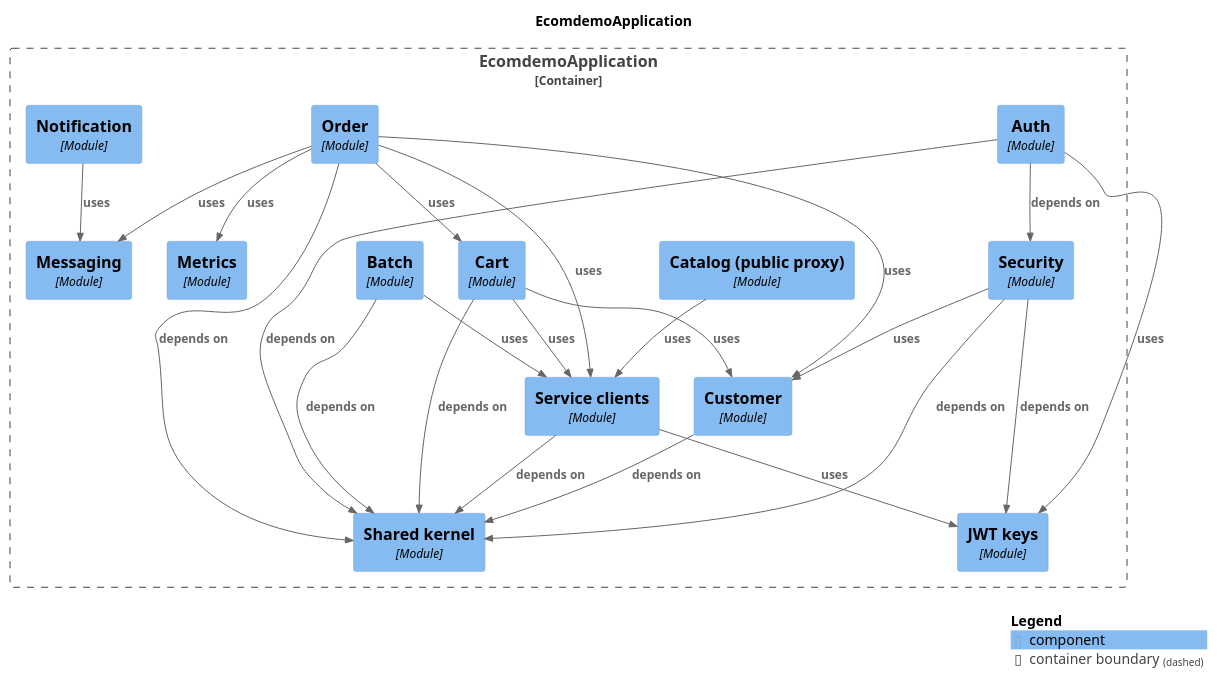
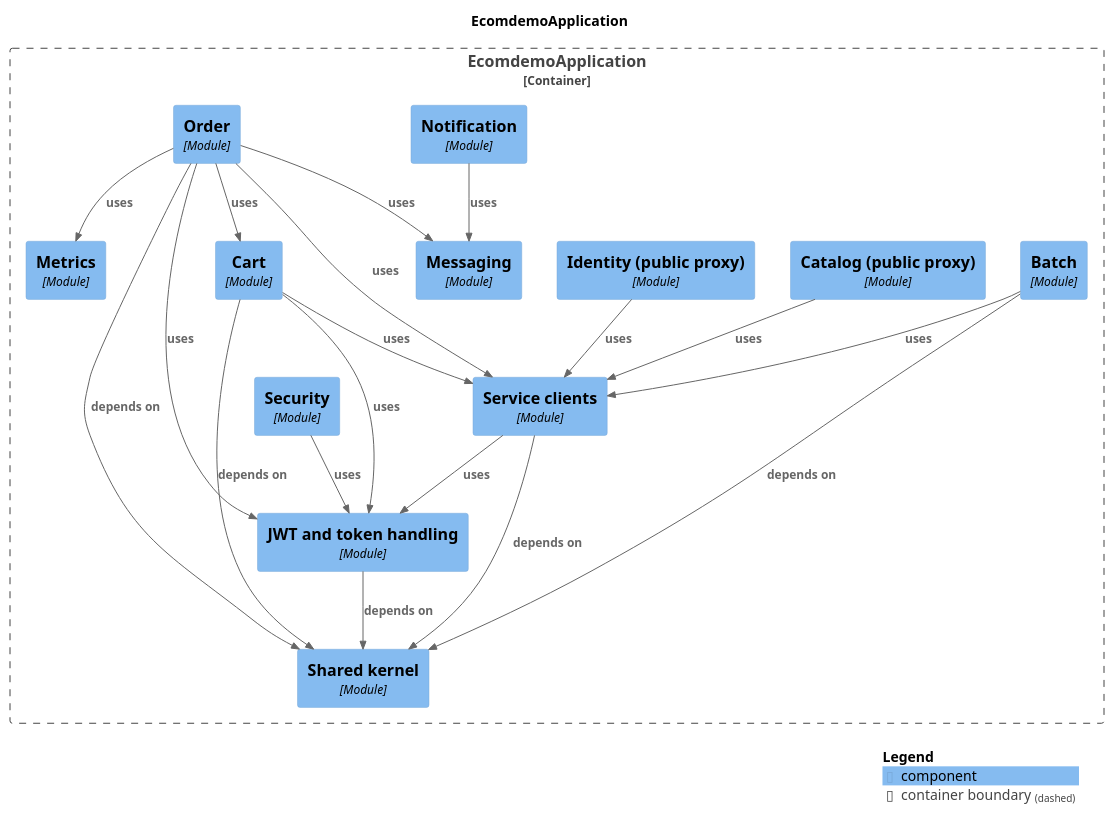
One commit to mr-sujay-patil/ecomdemo changed the diagram in docs/modules/components.puml. Above: the diagram before and after it, drawn with PlantUML. The commit also changed 96 other files, not shown here.

```diff
--- a/docs/modules/components.puml
+++ b/docs/modules/components.puml
@@ -1,51 +1,46 @@
 @startuml
 set separator none
 title EcomdemoApplication
 
 top to bottom direction
 
 !include <C4/C4>
 !include <C4/C4_Context>
 !include <C4/C4_Component>
 
 Container_Boundary("EcomdemoApplication.EcomdemoApplication_boundary", "EcomdemoApplication", $tags="") {
-  Component(EcomdemoApplication.EcomdemoApplication.Notification, "Notification", $techn="Module", $descr="", $tags="", $link="")
+  Component(EcomdemoApplication.EcomdemoApplication.Security, "Security", $techn="Module", $descr="", $tags="", $link="")
   Component(EcomdemoApplication.EcomdemoApplication.Batch, "Batch", $techn="Module", $descr="", $tags="", $link="")
   Component(EcomdemoApplication.EcomdemoApplication.Cart, "Cart", $techn="Module", $descr="", $tags="", $link="")
   Component(EcomdemoApplication.EcomdemoApplication.Catalogpublicproxy, "Catalog (public proxy)", $techn="Module", $descr="", $tags="", $link="")
-  Component(EcomdemoApplication.EcomdemoApplication.Security, "Security", $techn="Module", $descr="", $tags="", $link="")
-  Component(EcomdemoApplication.EcomdemoApplication.Auth, "Auth", $techn="Module", $descr="", $tags="", $link="")
+  Component(EcomdemoApplication.EcomdemoApplication.Identitypublicproxy, "Identity (public proxy)", $techn="Module", $descr="", $tags="", $link="")
   Component(EcomdemoApplication.EcomdemoApplication.Order, "Order", $techn="Module", $descr="", $tags="", $link="")
-  Component(EcomdemoApplication.EcomdemoApplication.JWTkeys, "JWT keys", $techn="Module", $descr="", $tags="", $link="")
   Component(EcomdemoApplication.EcomdemoApplication.Messaging, "Messaging", $techn="Module", $descr="", $tags="", $link="")
   Component(EcomdemoApplication.EcomdemoApplication.Metrics, "Metrics", $techn="Module", $descr="", $tags="", $link="")
   Component(EcomdemoApplication.EcomdemoApplication.Sharedkernel, "Shared kernel", $techn="Module", $descr="", $tags="", $link="")
+  Component(EcomdemoApplication.EcomdemoApplication.JWTandtokenhandling, "JWT and token handling", $techn="Module", $descr="", $tags="", $link="")
+  Component(EcomdemoApplication.EcomdemoApplication.Notification, "Notification", $techn="Module", $descr="", $tags="", $link="")
   Component(EcomdemoApplication.EcomdemoApplication.Serviceclients, "Service clients", $techn="Module", $descr="", $tags="", $link="")
-  Component(EcomdemoApplication.EcomdemoApplication.Customer, "Customer", $techn="Module", $descr="", $tags="", $link="")
 }
 
-Rel(EcomdemoApplication.EcomdemoApplication.Auth, EcomdemoApplication.EcomdemoApplication.JWTkeys, "uses", $techn="", $tags="", $link="")
-Rel(EcomdemoApplication.EcomdemoApplication.Auth, EcomdemoApplication.EcomdemoApplication.Security, "depends on", $techn="", $tags="", $link="")
-Rel(EcomdemoApplication.EcomdemoApplication.Auth, EcomdemoApplication.EcomdemoApplication.Sharedkernel, "depends on", $techn="", $tags="", $link="")
 Rel(EcomdemoApplication.EcomdemoApplication.Batch, EcomdemoApplication.EcomdemoApplication.Serviceclients, "uses", $techn="", $tags="", $link="")
 Rel(EcomdemoApplication.EcomdemoApplication.Batch, EcomdemoApplication.EcomdemoApplication.Sharedkernel, "depends on", $techn="", $tags="", $link="")
-Rel(EcomdemoApplication.EcomdemoApplication.Cart, EcomdemoApplication.EcomdemoApplication.Customer, "uses", $techn="", $tags="", $link="")
+Rel(EcomdemoApplication.EcomdemoApplication.Cart, EcomdemoApplication.EcomdemoApplication.JWTandtokenhandling, "uses", $techn="", $tags="", $link="")
 Rel(EcomdemoApplication.EcomdemoApplication.Cart, EcomdemoApplication.EcomdemoApplication.Serviceclients, "uses", $techn="", $tags="", $link="")
 Rel(EcomdemoApplication.EcomdemoApplication.Cart, EcomdemoApplication.EcomdemoApplication.Sharedkernel, "depends on", $techn="", $tags="", $link="")
 Rel(EcomdemoApplication.EcomdemoApplication.Catalogpublicproxy, EcomdemoApplication.EcomdemoApplication.Serviceclients, "uses", $techn="", $tags="", $link="")
-Rel(EcomdemoApplication.EcomdemoApplication.Customer, EcomdemoApplication.EcomdemoApplication.Sharedkernel, "depends on", $techn="", $tags="", $link="")
+Rel(EcomdemoApplication.EcomdemoApplication.Identitypublicproxy, EcomdemoApplication.EcomdemoApplication.Serviceclients, "uses", $techn="", $tags="", $link="")
+Rel(EcomdemoApplication.EcomdemoApplication.JWTandtokenhandling, EcomdemoApplication.EcomdemoApplication.Sharedkernel, "depends on", $techn="", $tags="", $link="")
 Rel(EcomdemoApplication.EcomdemoApplication.Notification, EcomdemoApplication.EcomdemoApplication.Messaging, "uses", $techn="", $tags="", $link="")
 Rel(EcomdemoApplication.EcomdemoApplication.Order, EcomdemoApplication.EcomdemoApplication.Cart, "uses", $techn="", $tags="", $link="")
-Rel(EcomdemoApplication.EcomdemoApplication.Order, EcomdemoApplication.EcomdemoApplication.Customer, "uses", $techn="", $tags="", $link="")
+Rel(EcomdemoApplication.EcomdemoApplication.Order, EcomdemoApplication.EcomdemoApplication.JWTandtokenhandling, "uses", $techn="", $tags="", $link="")
 Rel(EcomdemoApplication.EcomdemoApplication.Order, EcomdemoApplication.EcomdemoApplication.Messaging, "uses", $techn="", $tags="", $link="")
 Rel(EcomdemoApplication.EcomdemoApplication.Order, EcomdemoApplication.EcomdemoApplication.Metrics, "uses", $techn="", $tags="", $link="")
 Rel(EcomdemoApplication.EcomdemoApplication.Order, EcomdemoApplication.EcomdemoApplication.Serviceclients, "uses", $techn="", $tags="", $link="")
 Rel(EcomdemoApplication.EcomdemoApplication.Order, EcomdemoApplication.EcomdemoApplication.Sharedkernel, "depends on", $techn="", $tags="", $link="")
-Rel(EcomdemoApplication.EcomdemoApplication.Security, EcomdemoApplication.EcomdemoApplication.Customer, "uses", $techn="", $tags="", $link="")
-Rel(EcomdemoApplication.EcomdemoApplication.Security, EcomdemoApplication.EcomdemoApplication.JWTkeys, "depends on", $techn="", $tags="", $link="")
-Rel(EcomdemoApplication.EcomdemoApplication.Security, EcomdemoApplication.EcomdemoApplication.Sharedkernel, "depends on", $techn="", $tags="", $link="")
-Rel(EcomdemoApplication.EcomdemoApplication.Serviceclients, EcomdemoApplication.EcomdemoApplication.JWTkeys, "uses", $techn="", $tags="", $link="")
+Rel(EcomdemoApplication.EcomdemoApplication.Security, EcomdemoApplication.EcomdemoApplication.JWTandtokenhandling, "uses", $techn="", $tags="", $link="")
+Rel(EcomdemoApplication.EcomdemoApplication.Serviceclients, EcomdemoApplication.EcomdemoApplication.JWTandtokenhandling, "uses", $techn="", $tags="", $link="")
 Rel(EcomdemoApplication.EcomdemoApplication.Serviceclients, EcomdemoApplication.EcomdemoApplication.Sharedkernel, "depends on", $techn="", $tags="", $link="")
 
 SHOW_LEGEND(true)
 @enduml
```
